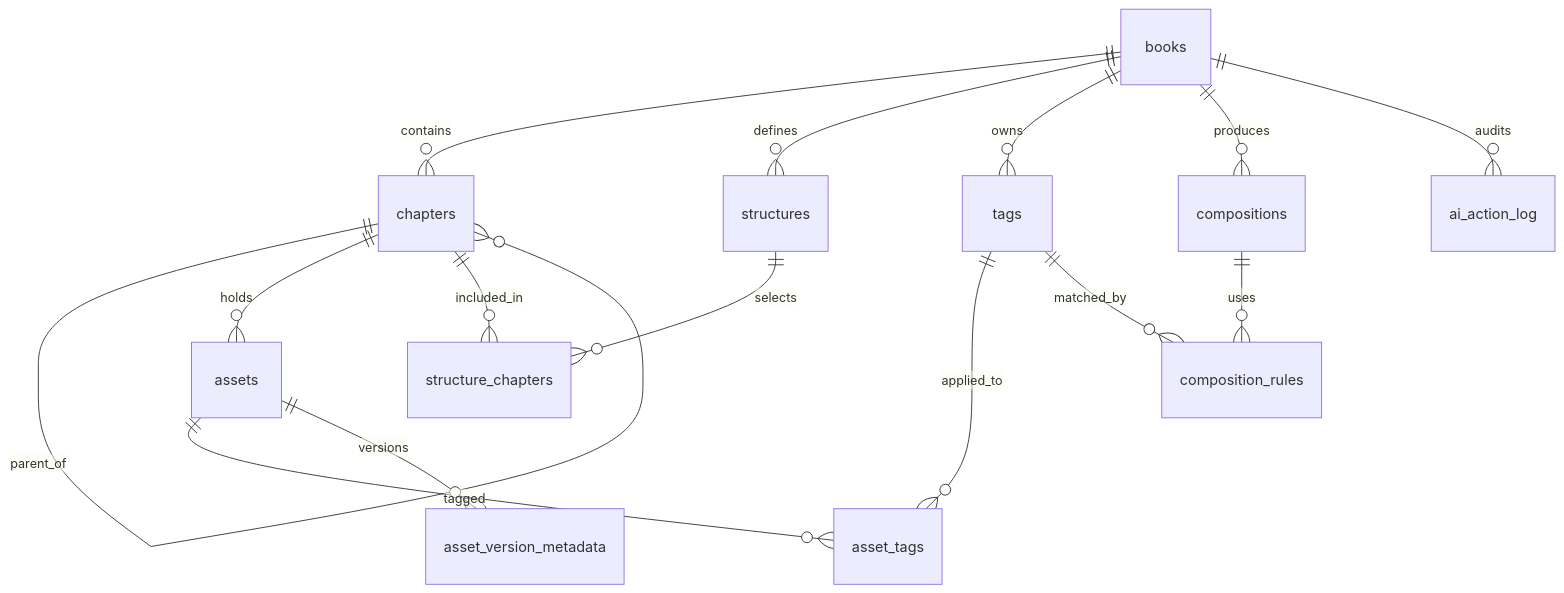
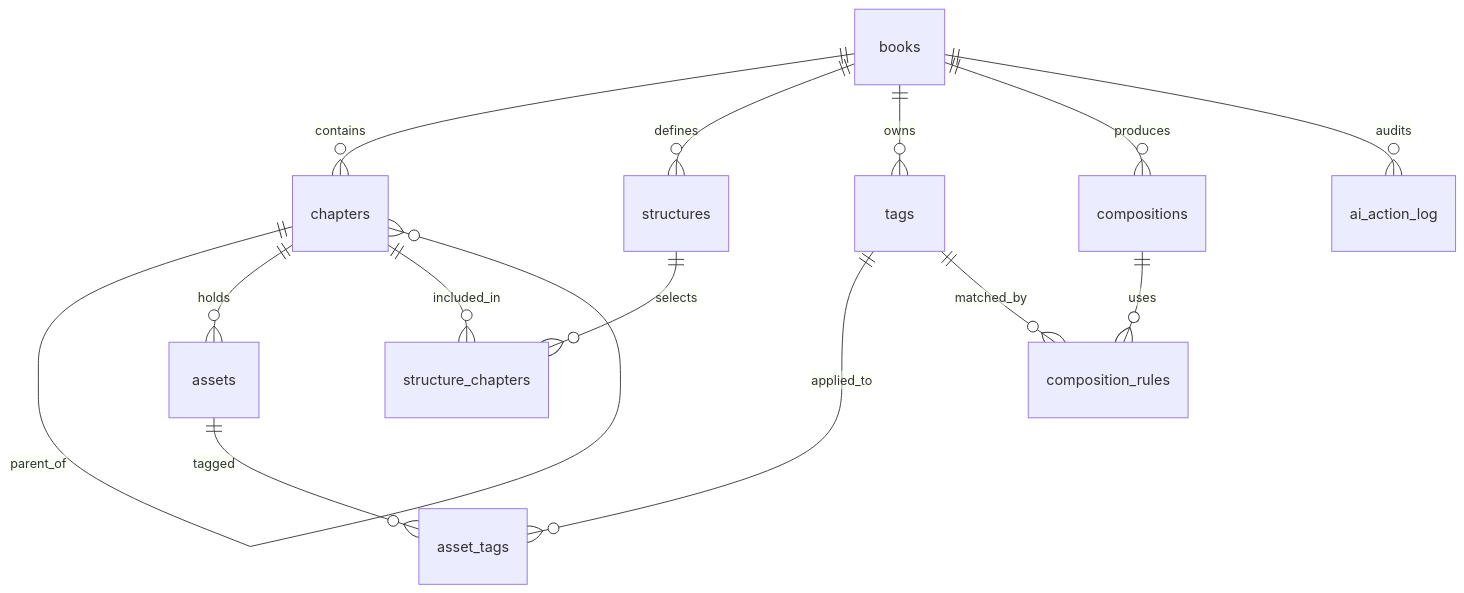
The diagram in wiki/pages/research/domain-schema.md (rykhalskyi/booktailor), drawn with Mermaid before and after one commit. The commit also changed other lines of this file and 6 other files, not shown here.

````diff
--- a/wiki/pages/research/domain-schema.md
+++ b/wiki/pages/research/domain-schema.md
@@ -35,17 +35,16 @@
 ```mermaid
 erDiagram
     books ||--o{ chapters : contains
     books ||--o{ structures : defines
     books ||--o{ tags : owns
     books ||--o{ compositions : produces
     books ||--o{ ai_action_log : audits
     chapters ||--o{ chapters : parent_of
     chapters ||--o{ assets : holds
     structures ||--o{ structure_chapters : selects
     chapters ||--o{ structure_chapters : included_in
     assets ||--o{ asset_tags : tagged
     tags ||--o{ asset_tags : applied_to
-    assets ||--o{ asset_version_metadata : versions
     compositions ||--o{ composition_rules : uses
     tags ||--o{ composition_rules : matched_by
 ```
````
